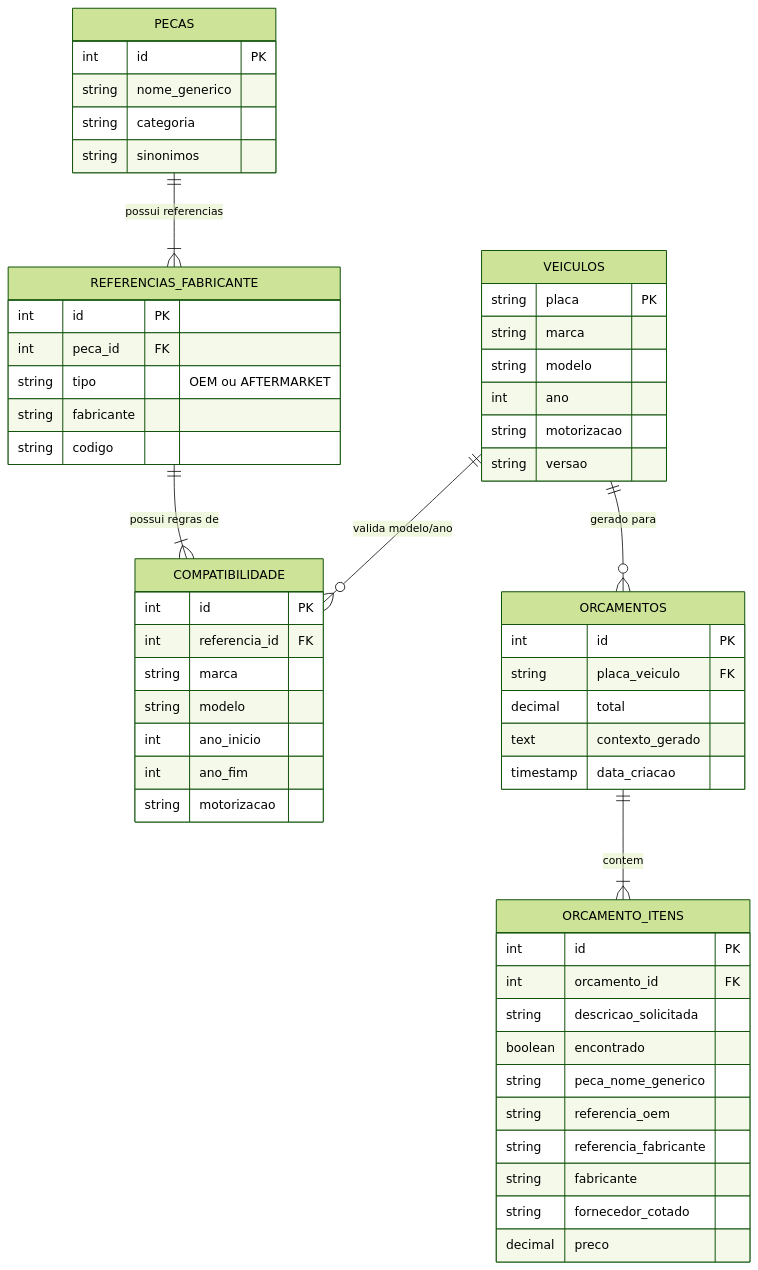
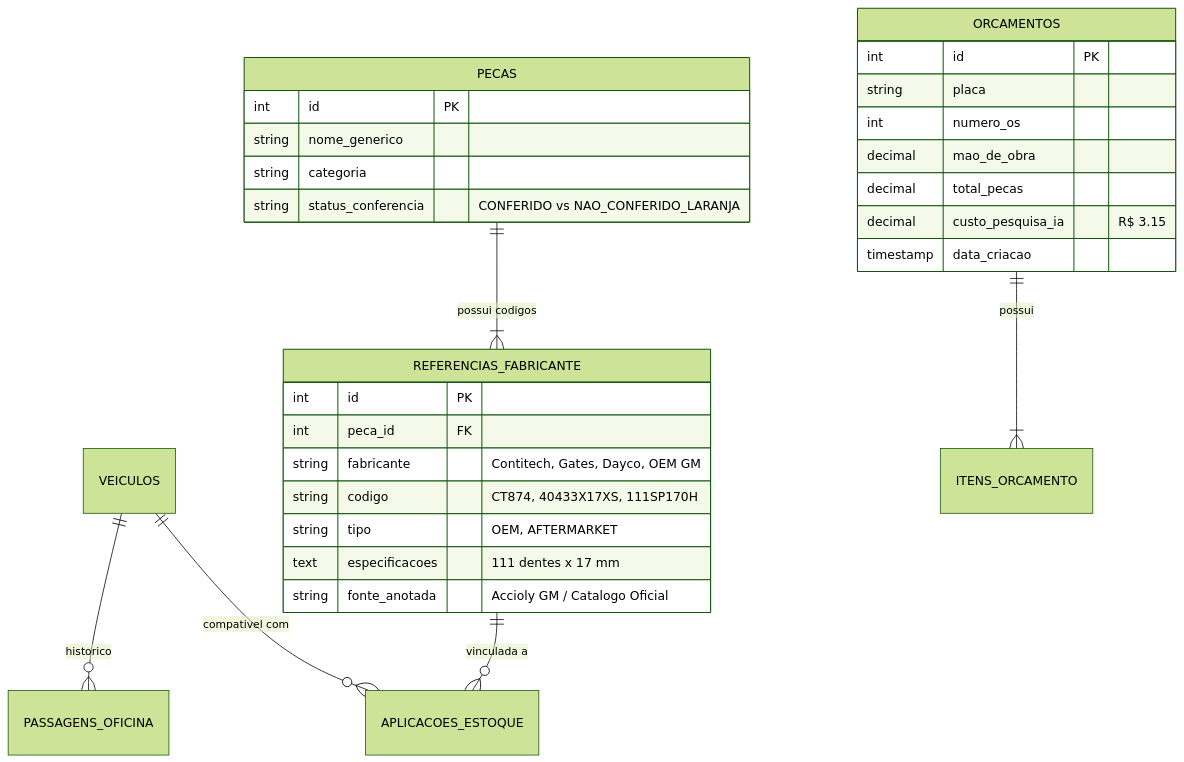
The second of 2 diagrams in docs/arquitetura-e-funcionamento.md (AdrianLopez001/LocParts), drawn with Mermaid (forest theme) before and after one commit. The commit also changed other lines of this file and 1 other file, not shown here.

Commit message:
feat(docs): integrate Cartec Bosch production engine architecture and high-fidelity interactive demo

````diff
--- a/docs/arquitetura-e-funcionamento.md
+++ b/docs/arquitetura-e-funcionamento.md
@@ -74,63 +100,35 @@
 ```mermaid
 erDiagram
-    VEICULOS ||--o{ COMPATIBILIDADE : "valida modelo/ano"
-    PECAS ||--|{ REFERENCIAS_FABRICANTE : "possui referencias"
-    REFERENCIAS_FABRICANTE ||--|{ COMPATIBILIDADE : "possui regras de"
-    ORCAMENTOS ||--|{ ORCAMENTO_ITENS : "contem"
-    VEICULOS ||--o{ ORCAMENTOS : "gerado para"
-
-    VEICULOS {
-        string placa PK
-        string marca
-        string modelo
-        int ano
-        string motorizacao
-        string versao
-    }
+    VEICULOS ||--o{ PASSAGENS_OFICINA : "historico"
+    VEICULOS ||--o{ APLICACOES_ESTOQUE : "compativel com"
+    PECAS ||--|{ REFERENCIAS_FABRICANTE : "possui codigos"
+    REFERENCIAS_FABRICANTE ||--o{ APLICACOES_ESTOQUE : "vinculada a"
+    ORCAMENTOS ||--|{ ITENS_ORCAMENTO : "possui"
 
     PECAS {
         int id PK
         string nome_generico
         string categoria
-        string sinonimos
+        string status_conferencia "CONFERIDO vs NAO_CONFERIDO_LARANJA"
     }
 
     REFERENCIAS_FABRICANTE {
         int id PK
         int peca_id FK
-        string tipo "OEM ou AFTERMARKET"
-        string fabricante
-        string codigo
-    }
-
-    COMPATIBILIDADE {
-        int id PK
-        int referencia_id FK
-        string marca
-        string modelo
-        int ano_inicio
-        int ano_fim
-        string motorizacao
+        string fabricante "Contitech, Gates, Dayco, OEM GM"
+        string codigo "CT874, 40433X17XS, 111SP170H"
+        string tipo "OEM, AFTERMARKET"
+        text especificacoes "111 dentes x 17 mm"
+        string fonte_anotada "Accioly GM / Catalogo Oficial"
     }
 
     ORCAMENTOS {
         int id PK
-        string placa_veiculo FK
-        decimal total
-        text contexto_gerado
+        string placa
+        int numero_os
+        decimal mao_de_obra
+        decimal total_pecas
+        decimal custo_pesquisa_ia "R$ 3.15"
         timestamp data_criacao
     }
-
-    ORCAMENTO_ITENS {
-        int id PK
-        int orcamento_id FK
-        string descricao_solicitada
-        boolean encontrado
-        string peca_nome_generico
-        string referencia_oem
-        string referencia_fabricante
-        string fabricante
-        string fornecedor_cotado
-        decimal preco
-    }
 ```
````
